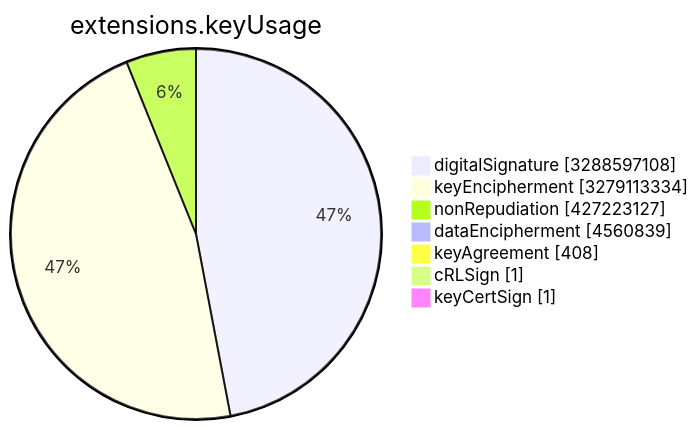
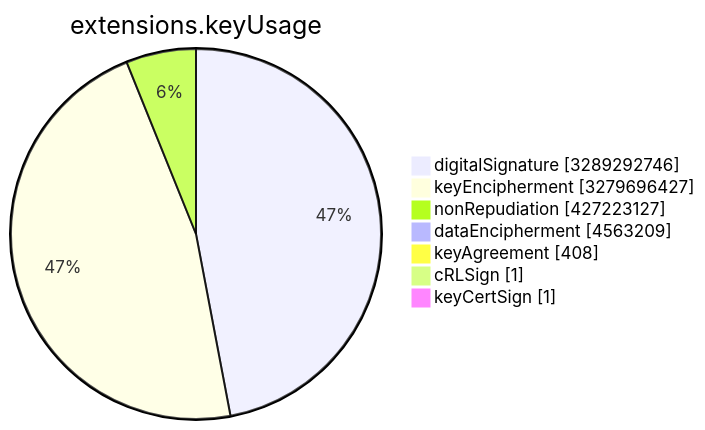
The sixth of 15 diagrams in TOTAL/README.md (christiankrug/ctmonitor_visualization), drawn with Mermaid before and after one commit. The commit also changed other lines of this file, not shown here.

````diff
--- a/TOTAL/README.md
+++ b/TOTAL/README.md
@@ -3078,11 +3078,11 @@
 ```mermaid
 pie showData
 title extensions.keyUsage
-"digitalSignature" :3288597108
-"keyEncipherment" :3279113334
+"digitalSignature" :3289292746
+"keyEncipherment" :3279696427
 "nonRepudiation" :427223127
-"dataEncipherment" :4560839
+"dataEncipherment" :4563209
 "keyAgreement" :408
 "cRLSign" :1
 "keyCertSign" :1
 ```
````
